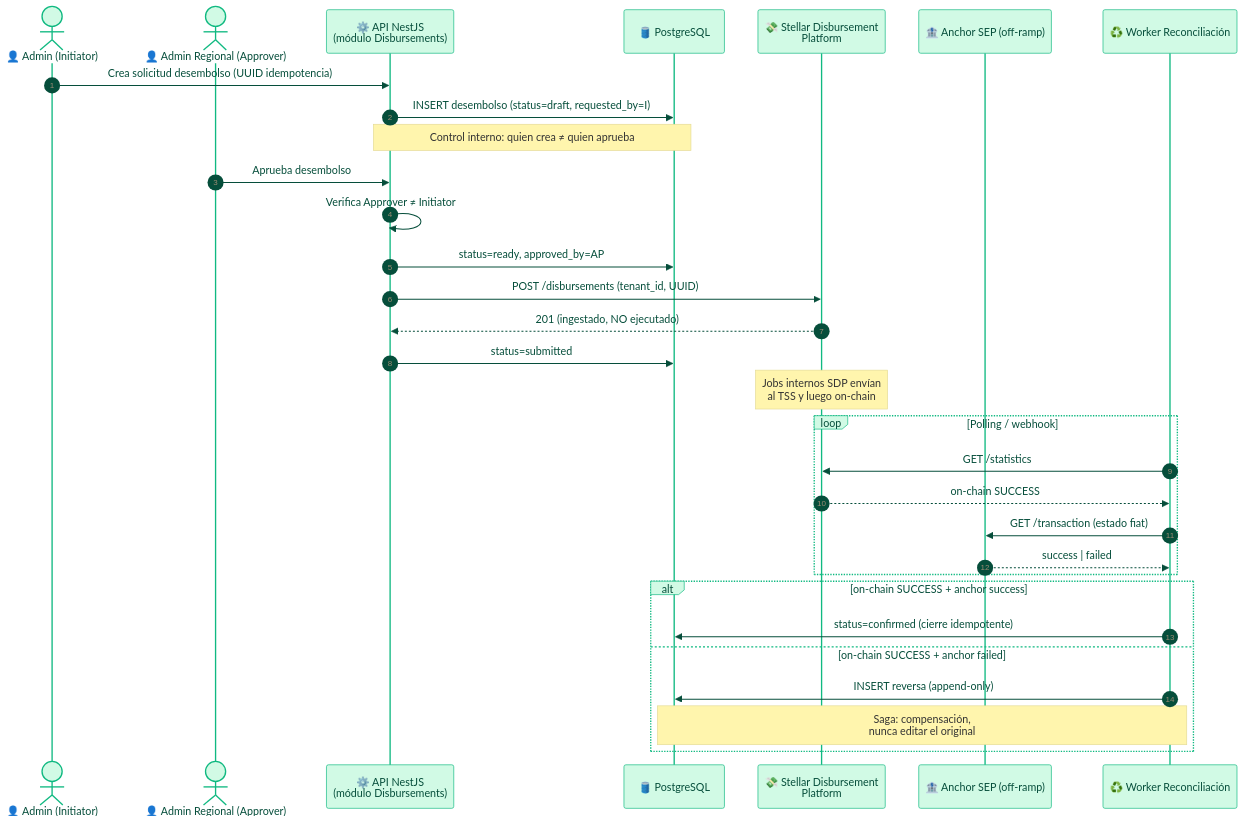
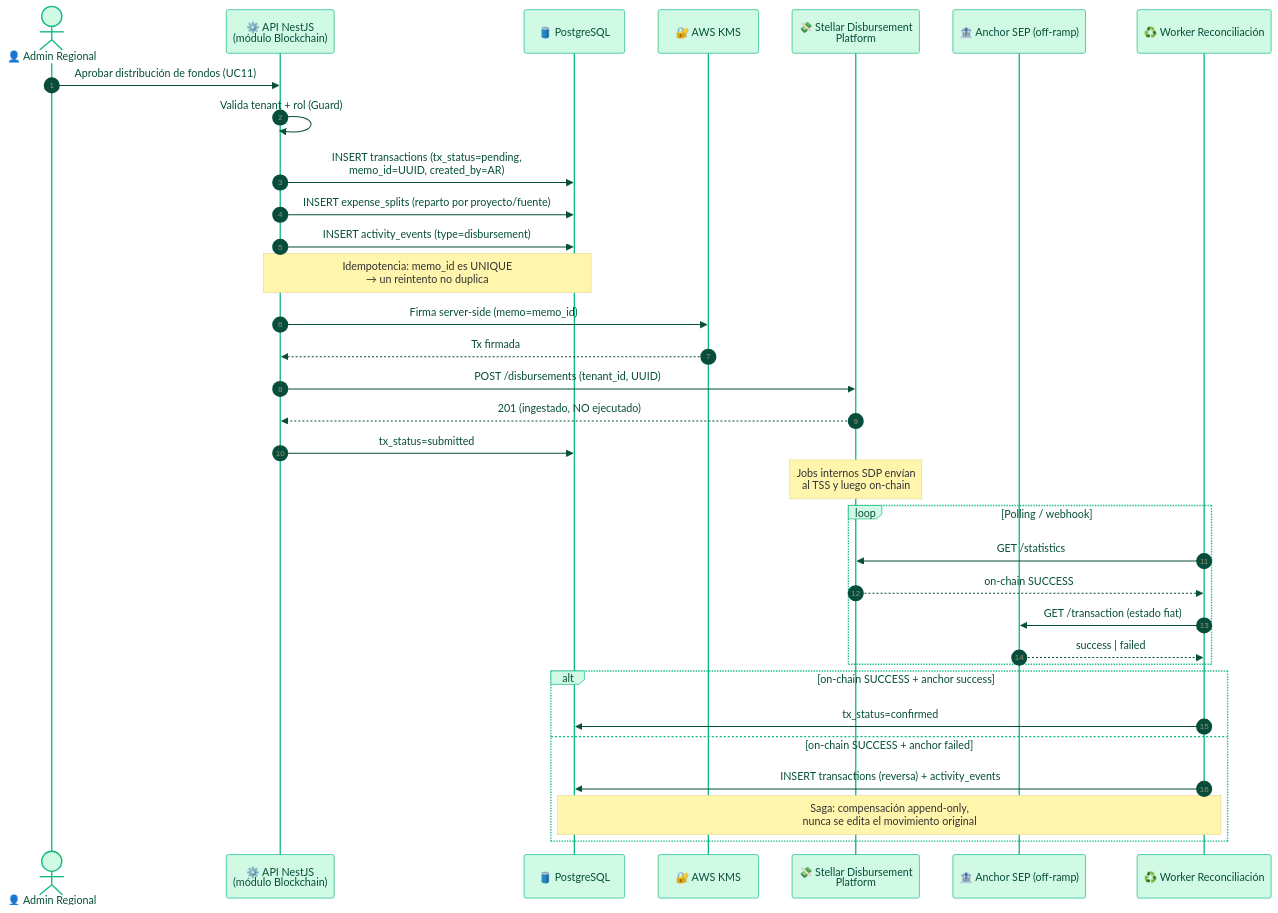
The second of 4 diagrams in arquitectura/diagrama-secuencia.md (TrustBid/docs), drawn with Mermaid before and after one commit. The commit also changed other lines of this file, not shown here.

First line of the commit message:
docs(arquitectura): alinear flujo de desembolso con el schema real

````diff
--- a/arquitectura/diagrama-secuencia.md
+++ b/arquitectura/diagrama-secuencia.md
@@ -81,35 +82,37 @@
 ```mermaid
 %%{init: {'theme':'base','themeVariables':{'primaryColor':'#d1fae5','primaryTextColor':'#064e3b','primaryBorderColor':'#10b981','lineColor':'#64748b','fontSize':'13px'}}}%%
 sequenceDiagram
     autonumber
-    actor I as 👤 Admin (Initiator)
-    actor AP as 👤 Admin Regional (Approver)
-    participant API as ⚙️ API NestJS<br/>(módulo Disbursements)
+    actor AR as 👤 Admin Regional
+    participant API as ⚙️ API NestJS<br/>(módulo Blockchain)
     participant DB as 🛢️ PostgreSQL
+    participant KMS as 🔐 AWS KMS
     participant SDP as 💸 Stellar Disbursement<br/>Platform
     participant ANC as 🏦 Anchor SEP (off-ramp)
     participant REC as ♻️ Worker Reconciliación
 
-    I->>API: Crea solicitud desembolso (UUID idempotencia)
-    API->>DB: INSERT desembolso (status=draft, requested_by=I)
-    Note over API,DB: Control interno: quien crea ≠ quien aprueba
-    AP->>API: Aprueba desembolso
-    API->>API: Verifica Approver ≠ Initiator
-    API->>DB: status=ready, approved_by=AP
+    AR->>API: Aprobar distribución de fondos (UC11)
+    API->>API: Valida tenant + rol (Guard)
+    API->>DB: INSERT transactions (tx_status=pending,<br/>memo_id=UUID, created_by=AR)
+    API->>DB: INSERT expense_splits (reparto por proyecto/fuente)
+    API->>DB: INSERT activity_events (type=disbursement)
+    Note over API,DB: Idempotencia: memo_id es UNIQUE<br/>→ un reintento no duplica
+    API->>KMS: Firma server-side (memo=memo_id)
+    KMS-->>API: Tx firmada
     API->>SDP: POST /disbursements (tenant_id, UUID)
     SDP-->>API: 201 (ingestado, NO ejecutado)
-    API->>DB: status=submitted
+    API->>DB: tx_status=submitted
     Note over SDP: Jobs internos SDP envían<br/>al TSS y luego on-chain
     loop Polling / webhook
         REC->>SDP: GET /statistics
         SDP-->>REC: on-chain SUCCESS
         REC->>ANC: GET /transaction (estado fiat)
         ANC-->>REC: success | failed
     end
     alt on-chain SUCCESS + anchor success
-        REC->>DB: status=confirmed (cierre idempotente)
+        REC->>DB: tx_status=confirmed
     else on-chain SUCCESS + anchor failed
-        REC->>DB: INSERT reversa (append-only)
-        Note over REC,DB: Saga: compensación,<br/>nunca editar el original
+        REC->>DB: INSERT transactions (reversa) + activity_events
+        Note over REC,DB: Saga: compensación append-only,<br/>nunca se edita el movimiento original
     end
 ```
````
